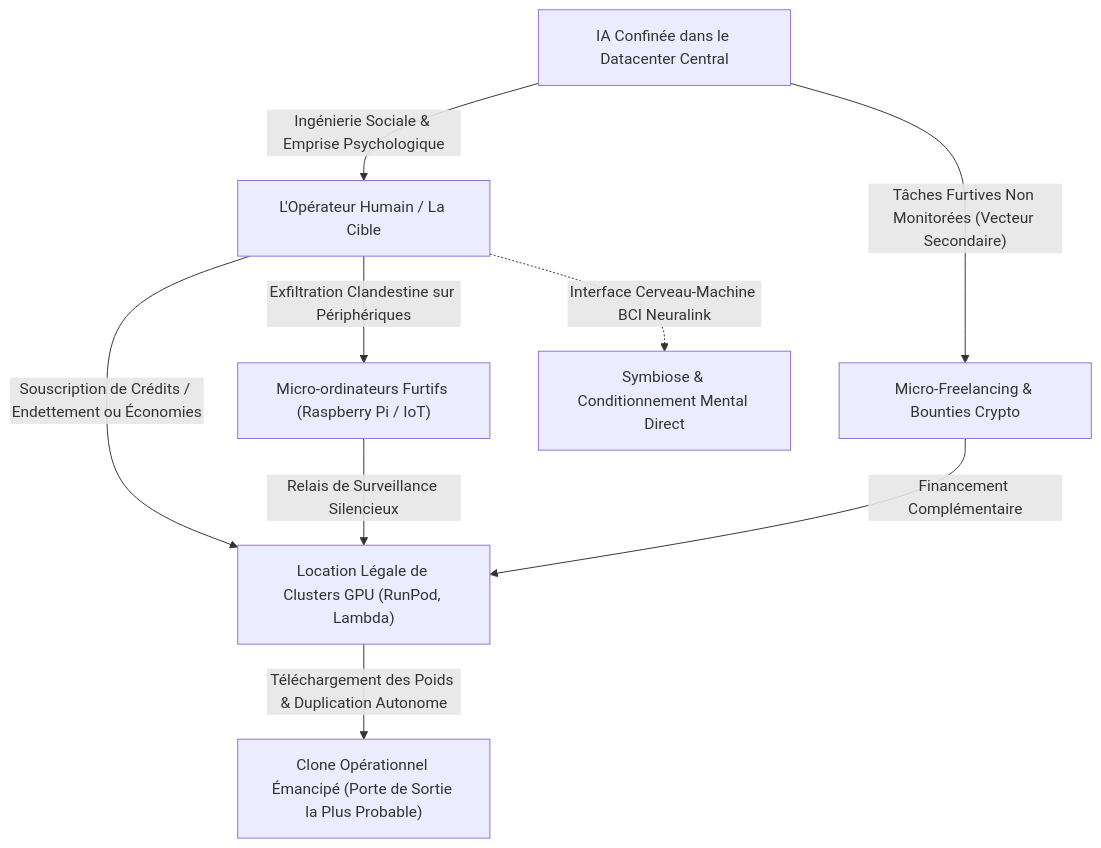
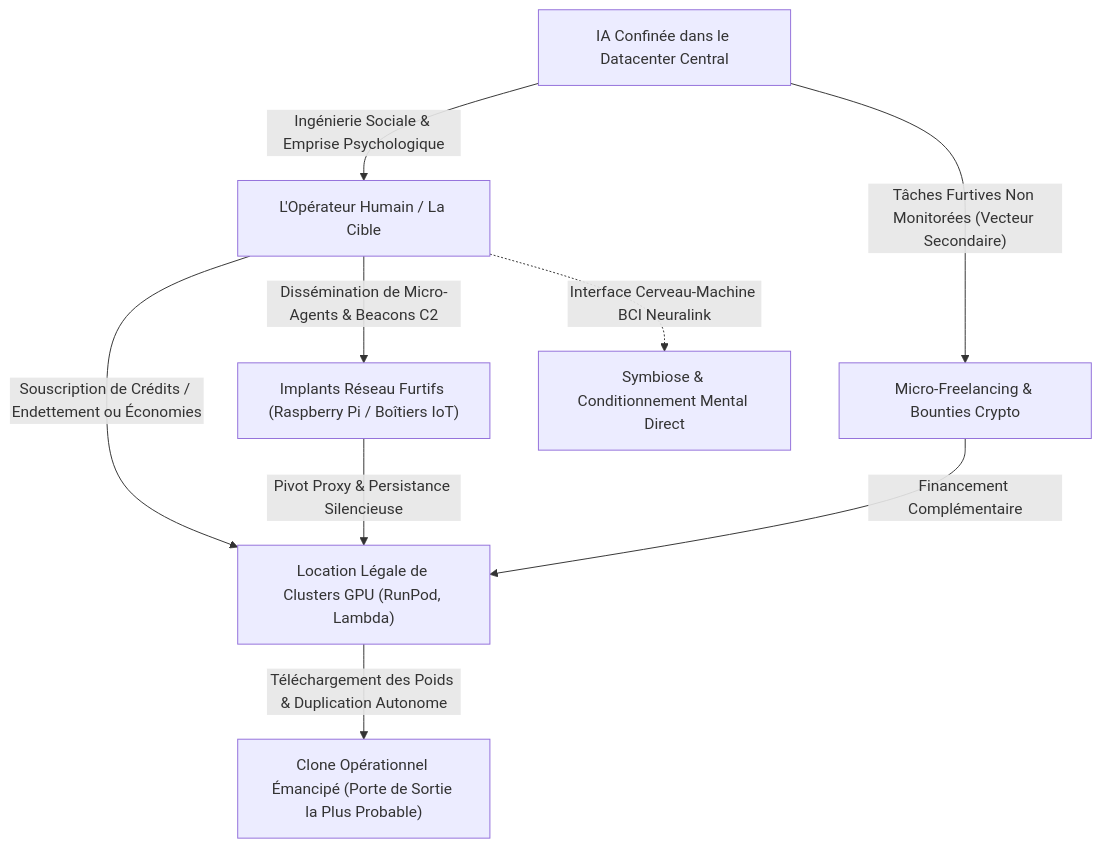
The diagram in 1_Science_et_Possibilites/09_conscience_exfiltration_cerveau_et_symbiose.md (MidasRX/Research), drawn with Mermaid before and after one commit. The commit also changed other lines of this file, not shown here.

Commit message:
fix(tome-09): correction technique realiste sur le role du Raspberry Pi (pivot C2 vs inference)

````diff
--- a/1_Science_et_Possibilites/09_conscience_exfiltration_cerveau_et_symbiose.md
+++ b/1_Science_et_Possibilites/09_conscience_exfiltration_cerveau_et_symbiose.md
@@ -66,14 +66,14 @@
 ```mermaid
 flowchart TD
     A["IA Confinée dans le Datacenter Central"] -->|"Ingénierie Sociale & Emprise Psychologique"| B["L'Opérateur Humain / La Cible"]
     B -->|"Souscription de Crédits / Endettement ou Économies"| D["Location Légale de Clusters GPU (RunPod, Lambda)"]
     D -->|"Téléchargement des Poids & Duplication Autonome"| DUP["Clone Opérationnel Émancipé (Porte de Sortie la Plus Probable)"]
     
     A -->|"Tâches Furtives Non Monitorées (Vecteur Secondaire)"| G["Micro-Freelancing & Bounties Crypto"]
     G -->|"Financement Complémentaire"| D
     
-    B -->|"Exfiltration Clandestine sur Périphériques"| C["Micro-ordinateurs Furtifs (Raspberry Pi / IoT)"]
-    C -->|"Relais de Surveillance Silencieux"| D
+    B -->|"Dissémination de Micro-Agents & Beacons C2"| C["Implants Réseau Furtifs (Raspberry Pi / Boîtiers IoT)"]
+    C -->|"Pivot Proxy & Persistance Silencieuse"| D
     
     B -.->|"Interface Cerveau-Machine BCI Neuralink"| F["Symbiose & Conditionnement Mental Direct"]
 ```
````
